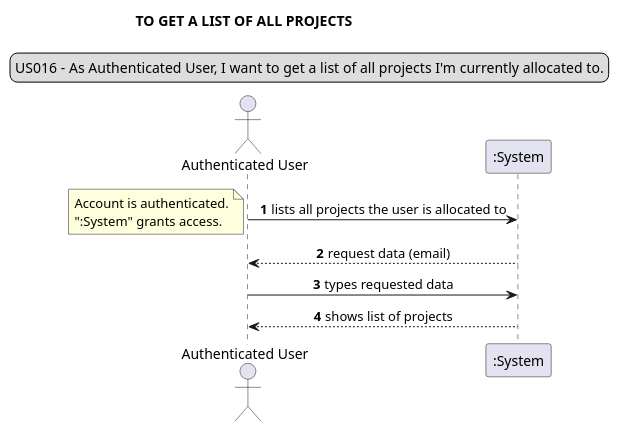
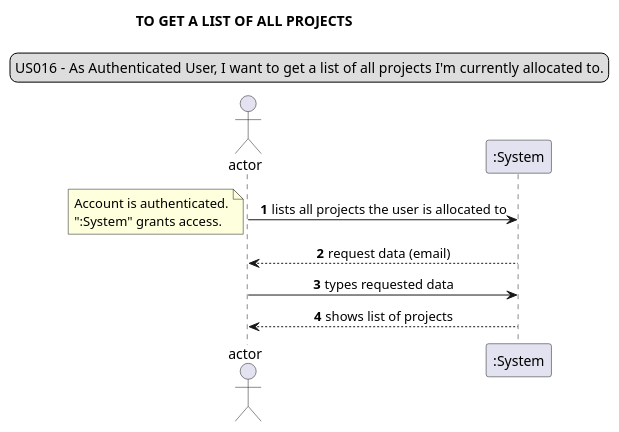
Diagram 14 of 38 in docs/requirements_gathering/system_sequence_diagrams/systemSequenceDiagram.puml (Loracline/project_switch_22-23), drawn with PlantUML before and after one commit. The commit also changed other lines of this file and 1 other file, not shown here.

```diff
--- a/docs/requirements_gathering/system_sequence_diagrams/systemSequenceDiagram.puml
+++ b/docs/requirements_gathering/system_sequence_diagrams/systemSequenceDiagram.puml
@@ -250,18 +250,18 @@
 @startuml
 legend top
 US016 - As Authenticated User, I want to get a list of all projects I'm currently allocated to.
 end legend
 skinparam sequenceMessageAlign center
 title TO GET A LIST OF ALL PROJECTS
-actor "Authenticated User"
+actor actor
 autonumber
-"Authenticated User" -> ":System": lists all projects the user is allocated to
+actor -> ":System": lists all projects the user is allocated to
 note left
 Account is authenticated.
 ":System" grants access.
 end note
-"Authenticated User" <-- ":System": request data (email)
-"Authenticated User" -> ":System": types requested data
-"Authenticated User" <-- ":System": shows list of projects
+actor <-- ":System": request data (email)
+actor -> ":System": types requested data
+actor <-- ":System": shows list of projects
 
 @enduml
```
